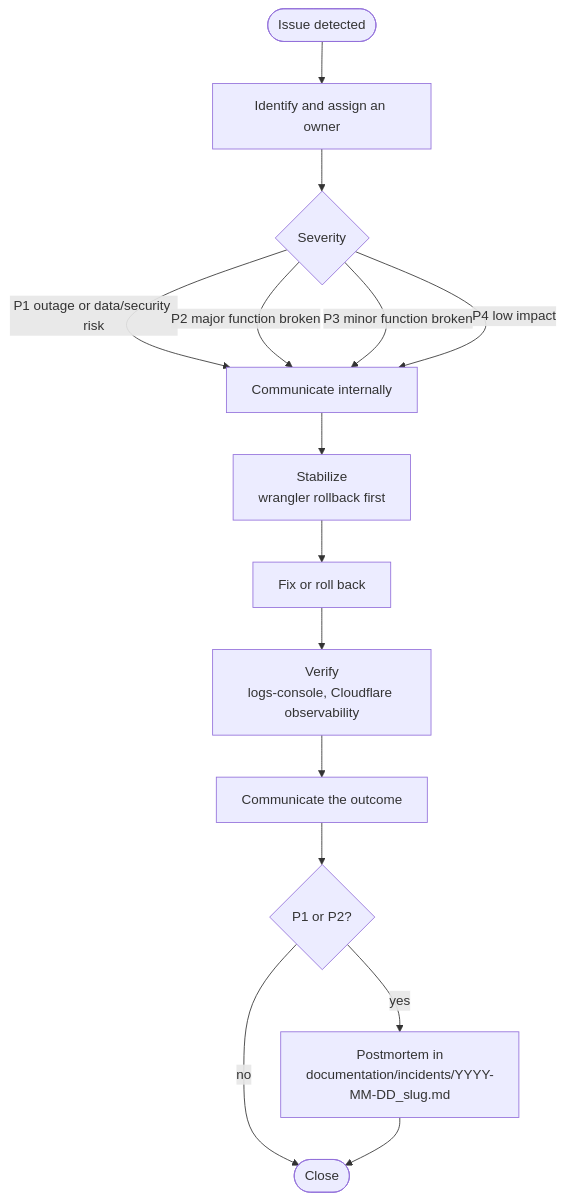
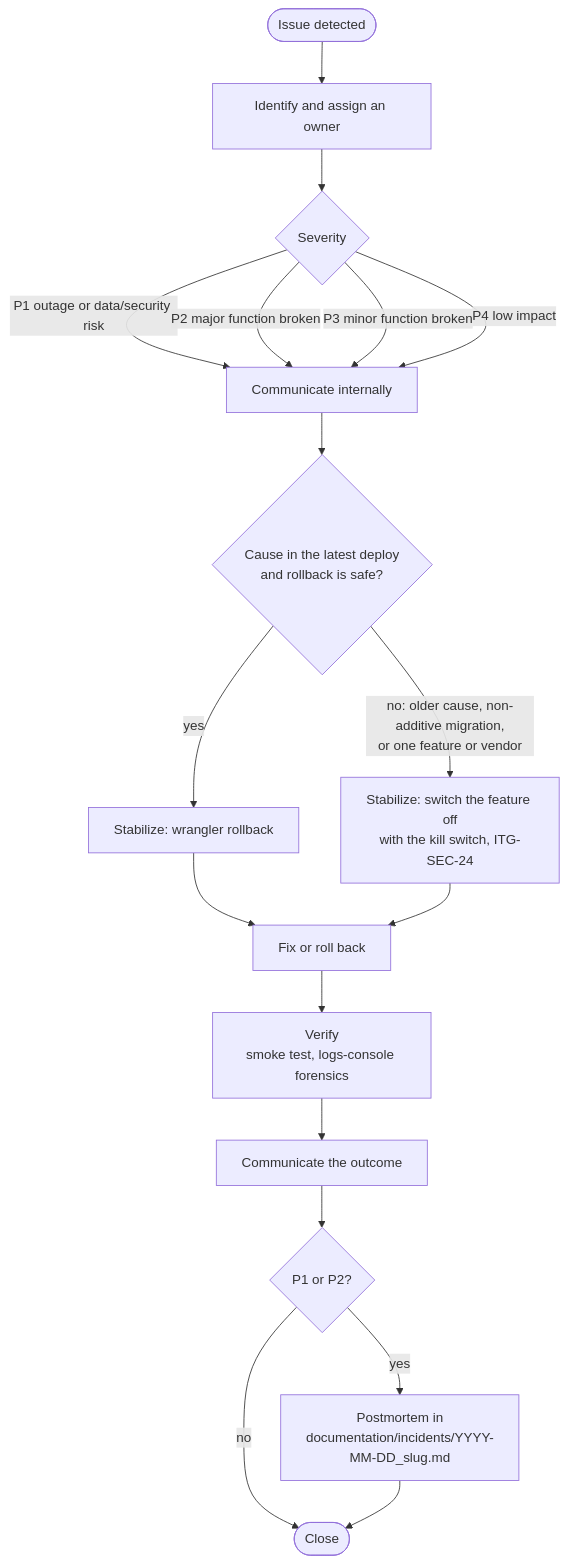
Before and after one commit to Improve-To-Grow/MUSUBI: the first of 2 diagrams in src/templates/shared/steering/rules/itg/operations.md, drawn with Mermaid. The commit also changed other lines of this file and 57 other files, not shown here.

````diff
--- a/src/templates/shared/steering/rules/itg/operations.md
+++ b/src/templates/shared/steering/rules/itg/operations.md
@@ -19,17 +19,20 @@
 ```mermaid
 flowchart TD
     I([Issue detected]) --> ID[Identify and assign an owner]
     ID --> SEV{Severity}
     SEV -- "P1 outage or data/security risk" --> COM
     SEV -- "P2 major function broken" --> COM
     SEV -- "P3 minor function broken" --> COM
     SEV -- "P4 low impact" --> COM
-    COM[Communicate internally] --> STB[Stabilize<br/>wrangler rollback first]
-    STB --> FIX[Fix or roll back]
-    FIX --> VER[Verify<br/>logs-console, Cloudflare observability]
+    COM[Communicate internally] --> CAUSE{Cause in the latest deploy<br/>and rollback is safe?}
+    CAUSE -- yes --> RB[Stabilize: wrangler rollback]
+    CAUSE -- "no: older cause, non-additive migration,<br/>or one feature or vendor" --> KS[Stabilize: switch the feature off<br/>with the kill switch, ITG-SEC-24]
+    RB --> FIX[Fix or roll back]
+    KS --> FIX
+    FIX --> VER[Verify<br/>smoke test, logs-console forensics]
     VER --> OUT[Communicate the outcome]
     OUT --> PM{P1 or P2?}
     PM -- yes --> POST[Postmortem in<br/>documentation/incidents/YYYY-MM-DD_slug.md]
     PM -- no --> CLOSE([Close])
     POST --> CLOSE
 ```
````
